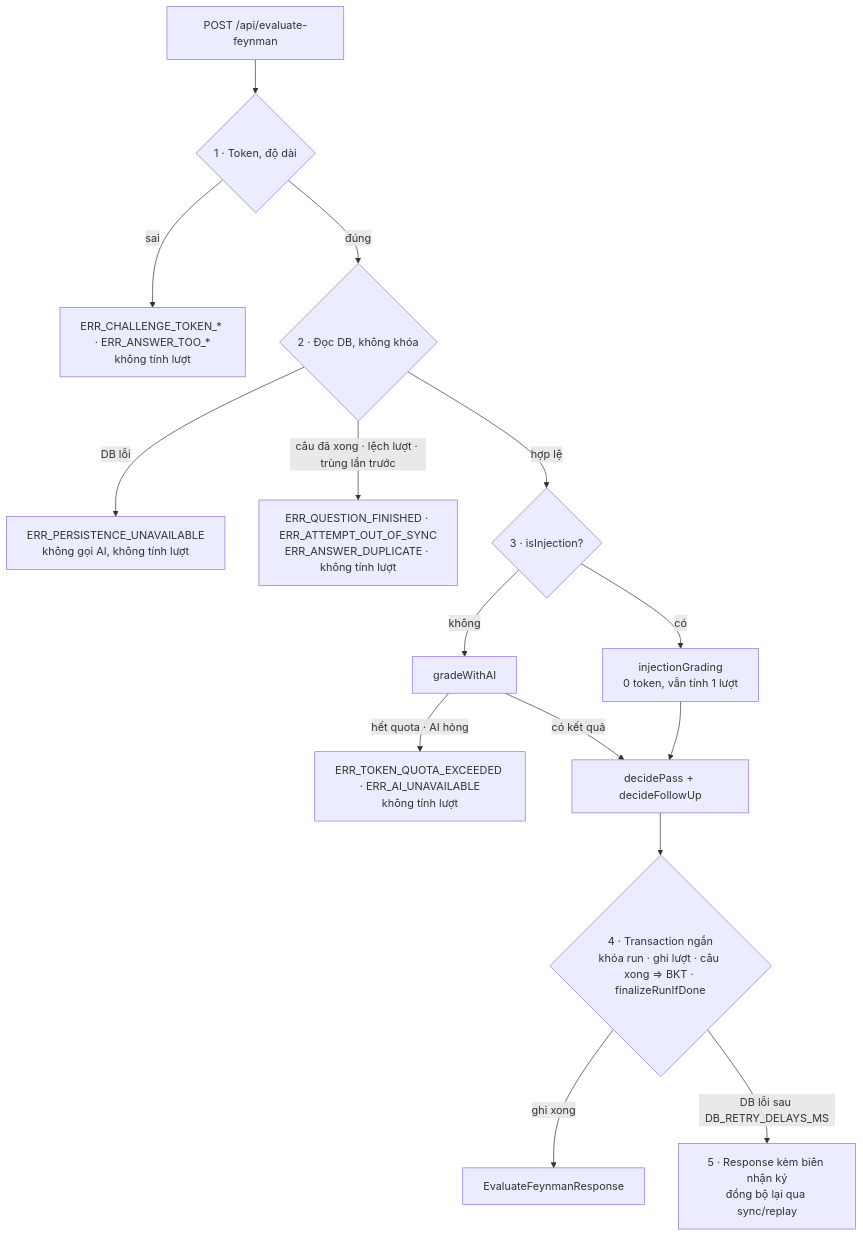
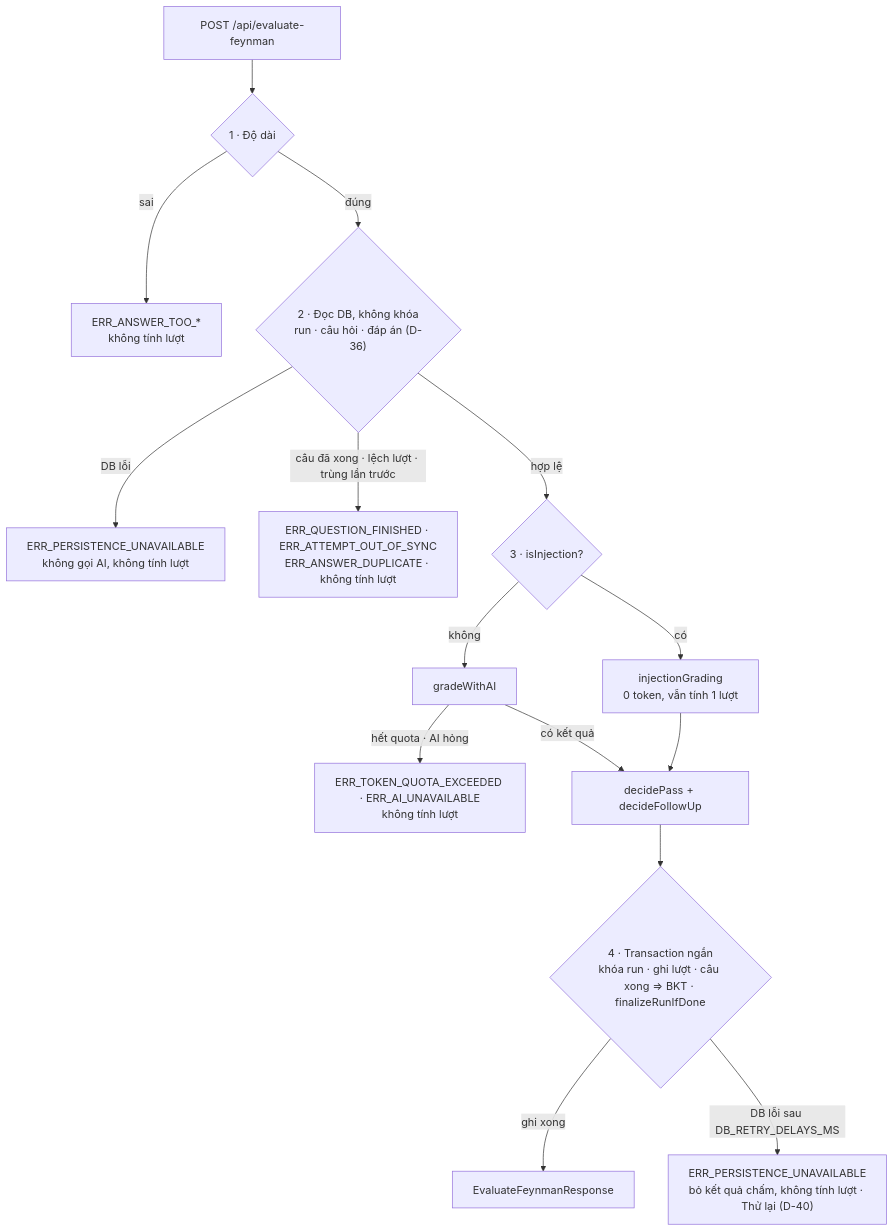
One commit to huynhthanhnhannnh-pixel/Hackathon_SGU changed the third of 3 diagrams in spec/03_API_VA_LUU_TRU.md. Above: the diagram before and after it, drawn with Mermaid. The commit also changed other lines of this file and 5 other files, not shown here.

````diff
--- a/spec/03_API_VA_LUU_TRU.md
+++ b/spec/03_API_VA_LUU_TRU.md
@@ -364,17 +326,17 @@
 ```mermaid
 flowchart TD
-  A["POST /api/evaluate-feynman"] --> B{"1 · Token, độ dài"}
-  B -- "sai" --> EB["ERR_CHALLENGE_TOKEN_* · ERR_ANSWER_TOO_*<br/>không tính lượt"]
-  B -- "đúng" --> C{"2 · Đọc DB, không khóa"}
+  A["POST /api/evaluate-feynman"] --> B{"1 · Độ dài"}
+  B -- "sai" --> EB["ERR_ANSWER_TOO_*<br/>không tính lượt"]
+  B -- "đúng" --> C{"2 · Đọc DB, không khóa<br/>run · câu hỏi · đáp án (D-36)"}
   C -- "DB lỗi" --> EC["ERR_PERSISTENCE_UNAVAILABLE<br/>không gọi AI, không tính lượt"]
   C -- "câu đã xong · lệch lượt · trùng lần trước" --> ED["ERR_QUESTION_FINISHED · ERR_ATTEMPT_OUT_OF_SYNC<br/>ERR_ANSWER_DUPLICATE · không tính lượt"]
   C -- "hợp lệ" --> D{"3 · isInjection?"}
   D -- "có" --> D1["injectionGrading<br/>0 token, vẫn tính 1 lượt"]
   D -- "không" --> D2["gradeWithAI"]
   D2 -- "hết quota · AI hỏng" --> EE["ERR_TOKEN_QUOTA_EXCEEDED · ERR_AI_UNAVAILABLE<br/>không tính lượt"]
   D1 --> F["decidePass + decideFollowUp"]
   D2 -- "có kết quả" --> F
   F --> G{"4 · Transaction ngắn<br/>khóa run · ghi lượt · câu xong ⇒ BKT · finalizeRunIfDone"}
   G -- "ghi xong" --> OK["EvaluateFeynmanResponse"]
-  G -- "DB lỗi sau DB_RETRY_DELAYS_MS" --> RC["5 · Response kèm biên nhận ký<br/>đồng bộ lại qua sync/replay"]
+  G -- "DB lỗi sau DB_RETRY_DELAYS_MS" --> RC["ERR_PERSISTENCE_UNAVAILABLE<br/>bỏ kết quả chấm, không tính lượt · Thử lại (D-40)"]
 ```
````
